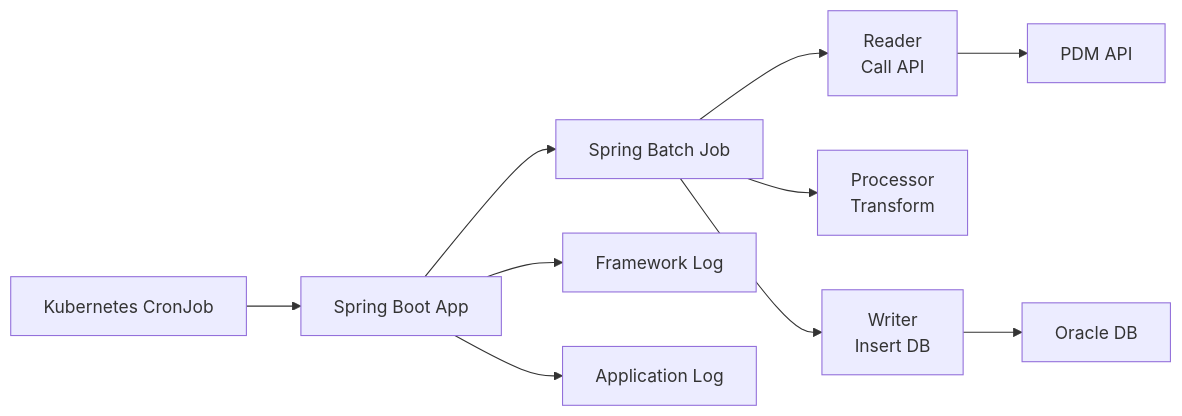
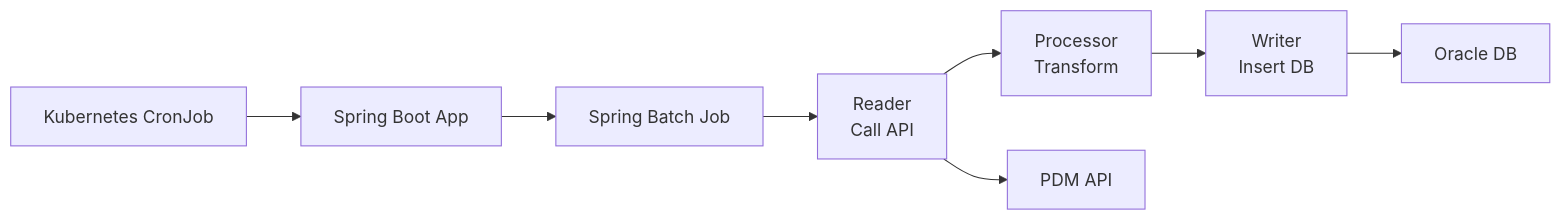
The first of 2 diagrams in Etl job/Etl job/PQO-PDMEtl 重構分享---從 Spring Batch 遷移至 Airflow DAG 的設計與實作.md (steven88161815/CodeNotes), drawn with Mermaid before and after one commit. The commit also changed other lines of this file, not shown here.

Commit message:
Update PQO-PDMEtl 重構分享---從 Spring Batch 遷移至 Airflow DAG 的設計與實作.md

````diff
--- a/Etl job/Etl job/PQO-PDMEtl 重構分享---從 Spring Batch 遷移至 Airflow DAG 的設計與實作.md
+++ b/Etl job/Etl job/PQO-PDMEtl 重構分享---從 Spring Batch 遷移至 Airflow DAG 的設計與實作.md
@@ -140,15 +147,12 @@
 ```mermaid
 flowchart LR
-    A[Kubernetes CronJob] --> B[Spring Boot App]
-    B --> C[Spring Batch Job]
+A[Kubernetes CronJob] --> B[Spring Boot App]
+B --> C[Spring Batch Job]
 
-    C --> D[Reader<br/>Call API]
-    C --> E[Processor<br/>Transform]
-    C --> F[Writer<br/>Insert DB]
+C --> D[Reader<br/>Call API]
+D --> E[Processor<br/>Transform]
+E --> F[Writer<br/>Insert DB]
 
-    D --> G[PDM API]
-    F --> H[Oracle DB]
-
-    B --> I[Framework Log]
-    B --> J[Application Log]
+D --> G[PDM API]
+F --> H[Oracle DB]
 ```
````
